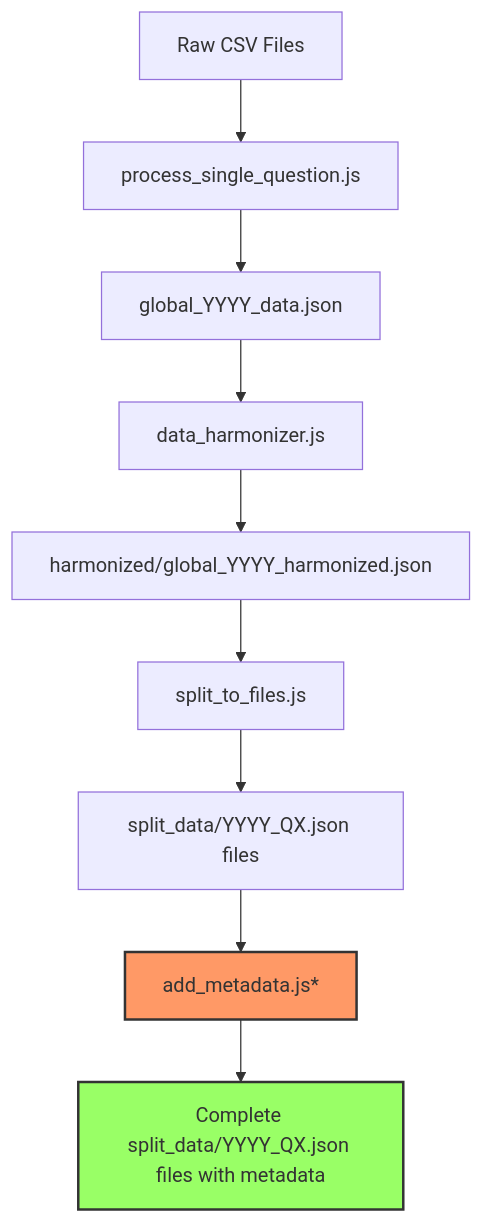
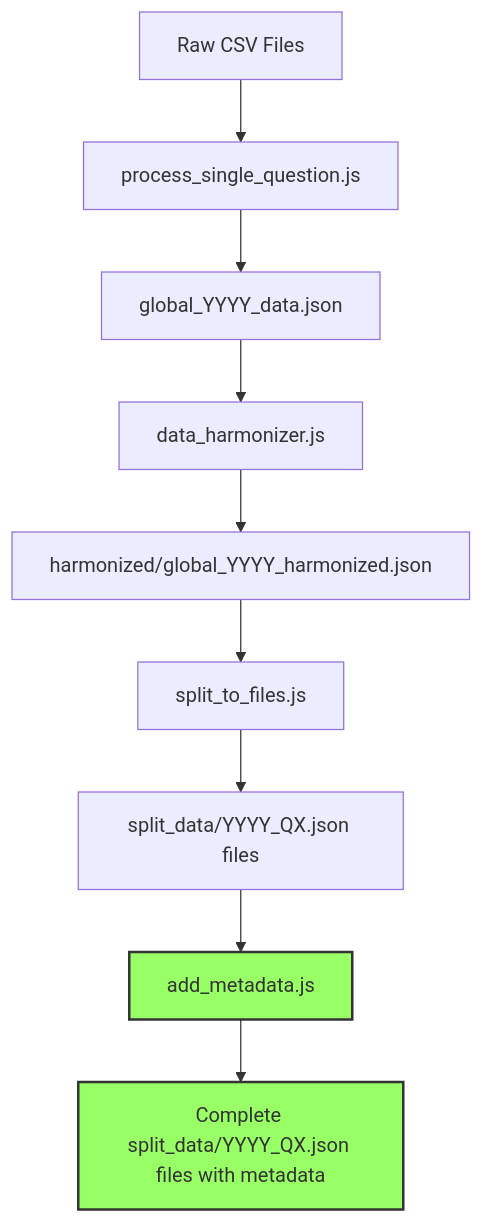
Before and after one commit to jasonlryan/ria_test: the diagram in 2025 build/data_processing_guide.md, drawn with Mermaid. The commit also changed other lines of this file and 107 other files, not shown here.

````diff
--- a/2025 build/data_processing_guide.md
+++ b/2025 build/data_processing_guide.md
@@ -7,14 +7,14 @@
 ```mermaid
 graph TD
     A[Raw CSV Files] --> B[process_single_question.js]
     B --> C[global_YYYY_data.json]
     C --> D[data_harmonizer.js]
     D --> E[harmonized/global_YYYY_harmonized.json]
     E --> F[split_to_files.js]
     F --> G[split_data/YYYY_QX.json files]
-    G --> H[add_metadata.js*]
+    G --> H[add_metadata.js]
     H --> I[Complete split_data/YYYY_QX.json files with metadata]
 
-    style H fill:#f96,stroke:#333,stroke-width:2px
+    style H fill:#9f6,stroke:#333,stroke-width:2px
     style I fill:#9f6,stroke:#333,stroke-width:2px
 ```
````
